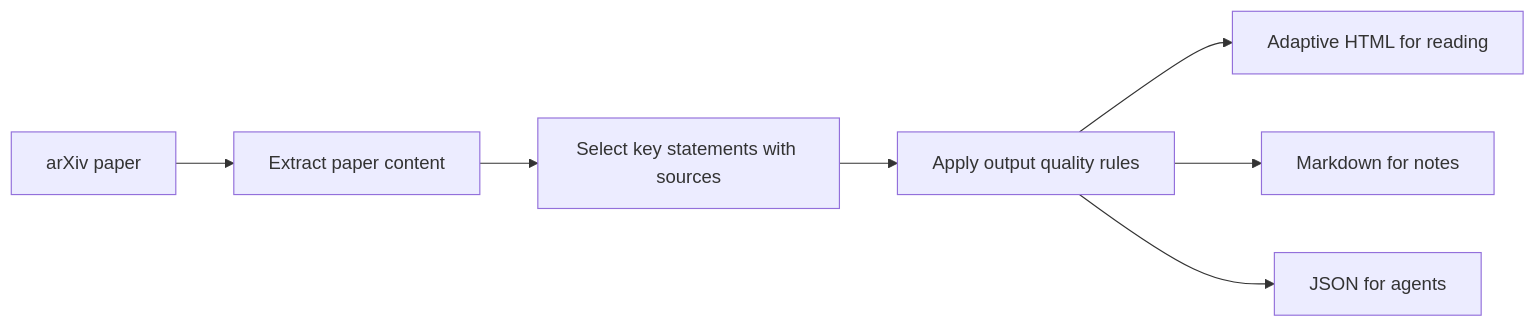
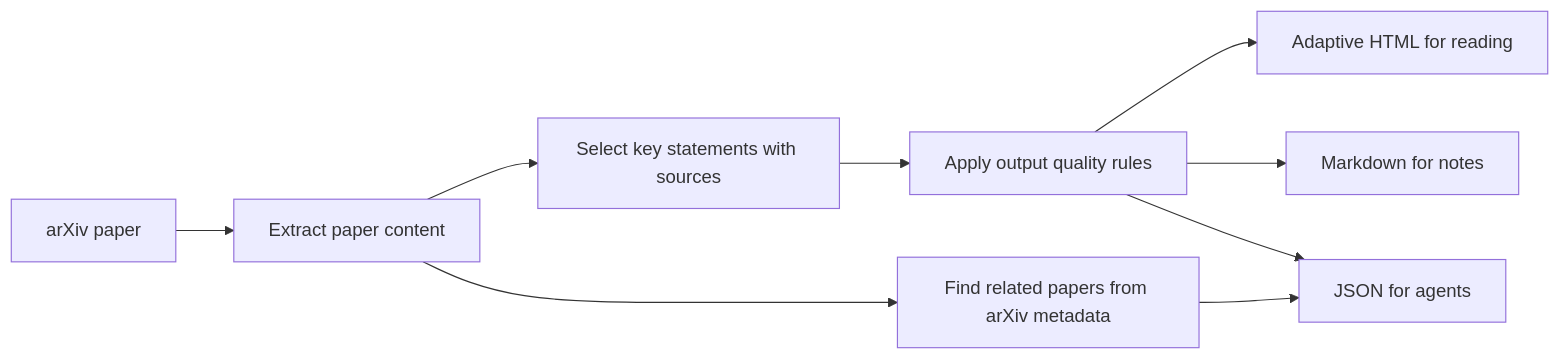
The diagram in README.md (emilsmeznieks/RPL), drawn with Mermaid before and after one commit. The commit also changed other lines of this file and 11 other files, not shown here.

````diff
--- a/README.md
+++ b/README.md
@@ -182,9 +182,11 @@
 ```mermaid
 flowchart LR
   A["arXiv paper"] --> B["Extract paper content"]
   B --> C["Select key statements with sources"]
   C --> D["Apply output quality rules"]
+  B --> H["Find related papers from arXiv metadata"]
+  H --> G
   D --> E["Adaptive HTML for reading"]
   D --> F["Markdown for notes"]
   D --> G["JSON for agents"]
 ```
````
